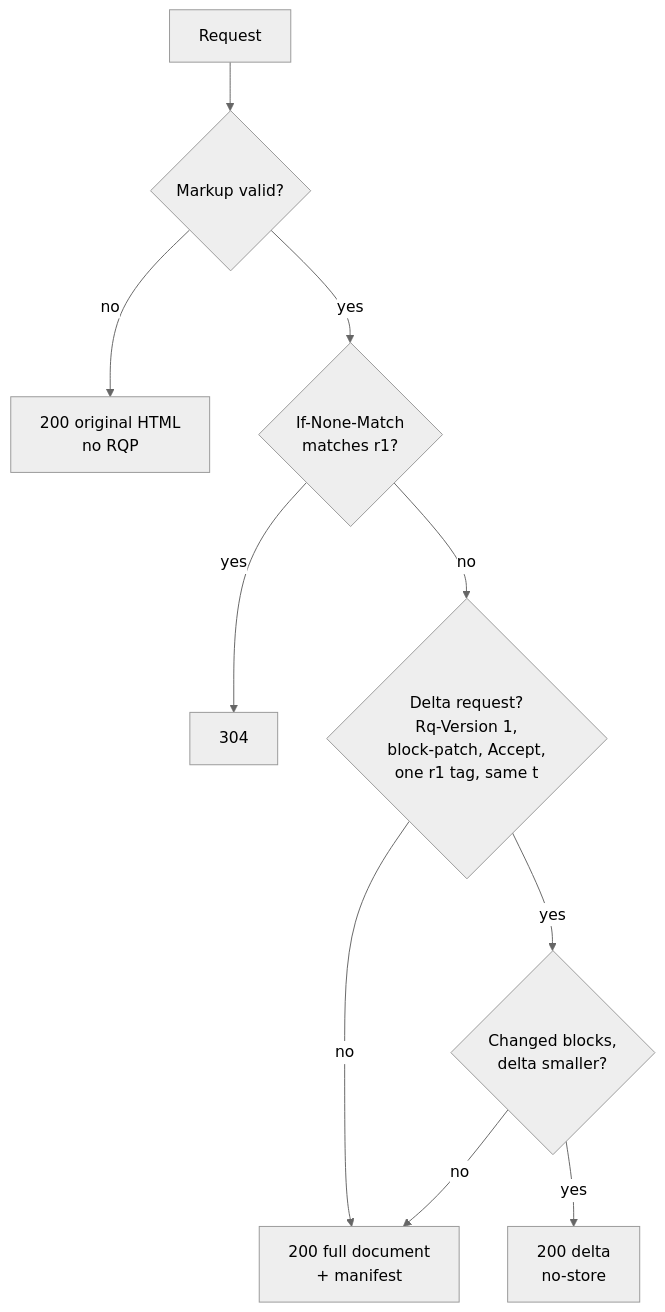
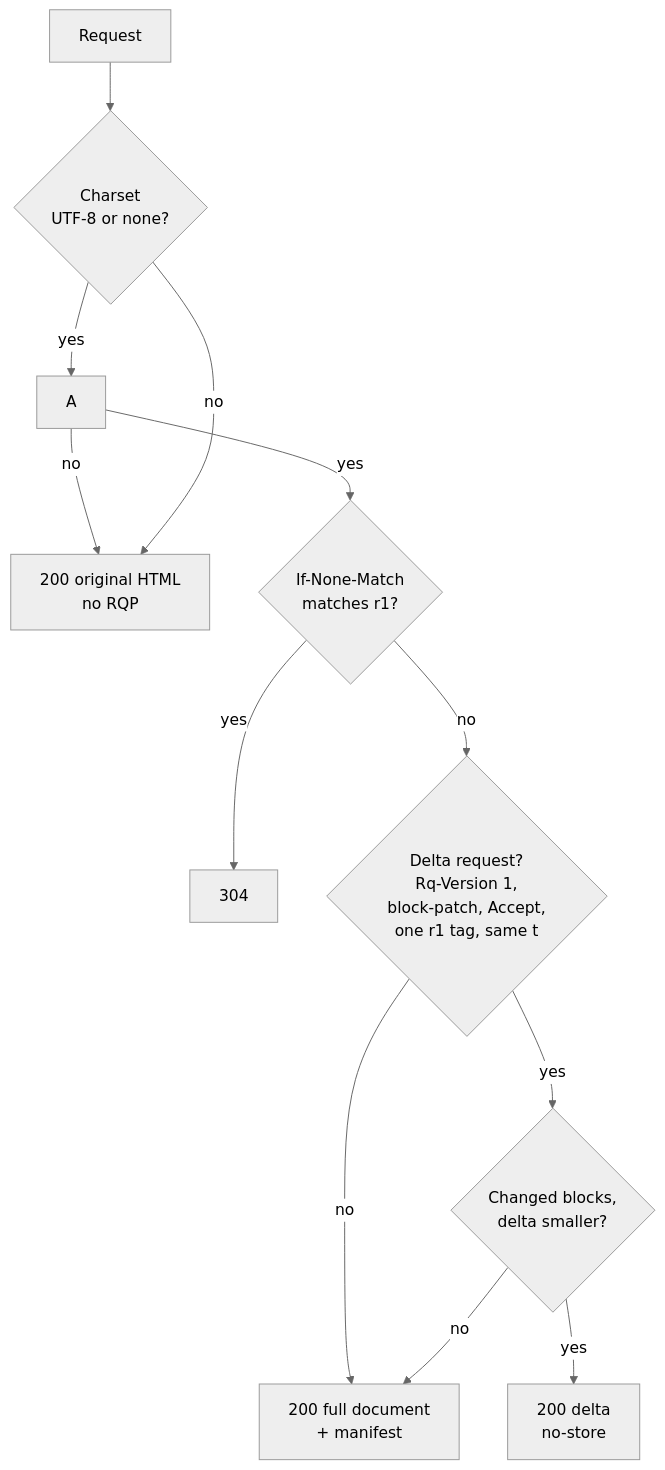
The diagram in docs/guide/examples/server.md (robotoss/rivqen), drawn with Mermaid (neutral theme) before and after one commit. The commit also changed other lines of this file, not shown here.

Commit message:
docs(guide): server demo charset rule (H-62) and Host check (DL-036)

````diff
--- a/docs/guide/examples/server.md
+++ b/docs/guide/examples/server.md
@@ -44,12 +46,14 @@
 ```mermaid
 flowchart TD
-  R[Request] --> A{Markup valid?}
+  R[Request] --> C
   A -- no --> P[200 original HTML<br/>no RQP]
+  C{Charset<br/>UTF-8 or none?} -- no --> P
+  C -- yes --> A
   A -- yes --> N{If-None-Match<br/>matches r1?}
   N -- yes --> NM[304]
   N -- no --> Q{Delta request?<br/>Rq-Version 1,<br/>block-patch, Accept,<br/>one r1 tag, same t}
   Q -- no --> F[200 full document<br/>+ manifest]
   Q -- yes --> S{Changed blocks,<br/>delta smaller?}
   S -- yes --> D[200 delta<br/>no-store]
   S -- no --> F
 ```
````
